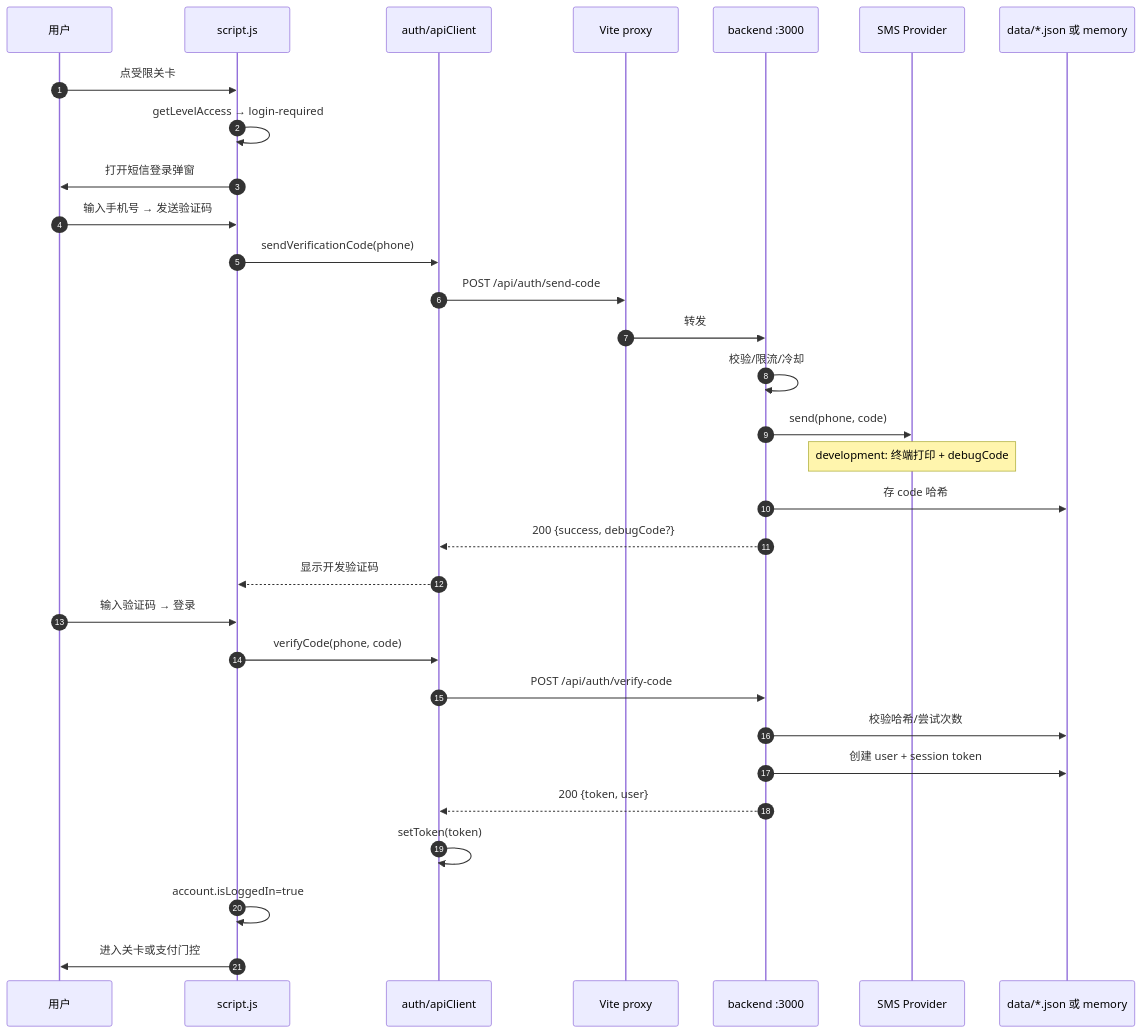
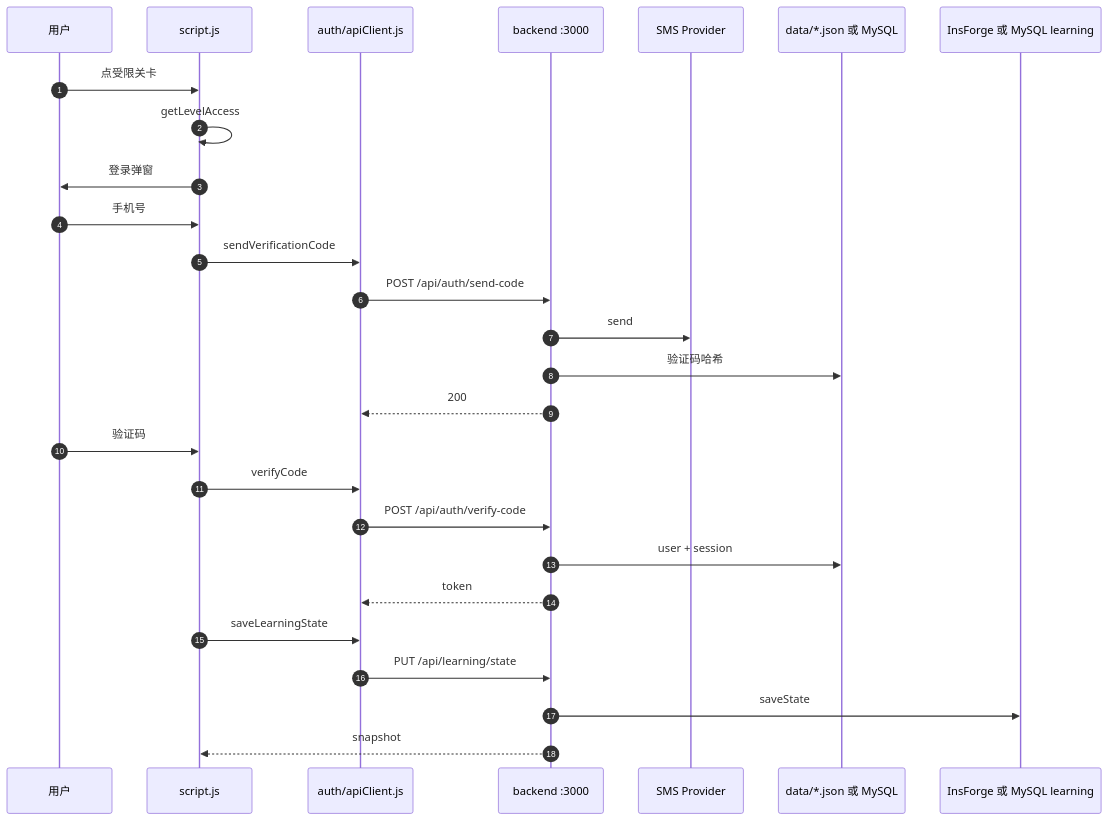
One commit to wangyirui27/baby-chuangguan changed the second of 4 diagrams in docs/codegraphy.md. Above: the diagram before and after it, drawn with Mermaid. The commit also changed other lines of this file and 51 other files, not shown here.

````diff
--- a/docs/codegraphy.md
+++ b/docs/codegraphy.md
@@ -68,34 +192,30 @@
 ```mermaid
 sequenceDiagram
-    autonumber
-    participant U as 用户
-    participant SPA as script.js
-    participant API as auth/apiClient
-    participant V as Vite proxy
-    participant BE as backend :3000
-    participant SMS as SMS Provider
-    participant DB as data/*.json 或 memory
+  autonumber
+  participant U as 用户
+  participant SPA as script.js
+  participant API as auth/apiClient.js
+  participant BE as backend :3000
+  participant SMS as SMS Provider
+  participant AUTHDB as data/*.json 或 MySQL
+  participant LEARN as InsForge 或 MySQL learning
 
-    U->>SPA: 点受限关卡
-    SPA->>SPA: getLevelAccess → login-required
-    SPA->>U: 打开短信登录弹窗
-    U->>SPA: 输入手机号 → 发送验证码
-    SPA->>API: sendVerificationCode(phone)
-    API->>V: POST /api/auth/send-code
-    V->>BE: 转发
-    BE->>BE: 校验/限流/冷却
-    BE->>SMS: send(phone, code)
-    Note over SMS: development: 终端打印 + debugCode
-    BE->>DB: 存 code 哈希
-    BE-->>API: 200 {success, debugCode?}
-    API-->>SPA: 显示开发验证码
-    U->>SPA: 输入验证码 → 登录
-    SPA->>API: verifyCode(phone, code)
-    API->>BE: POST /api/auth/verify-code
-    BE->>DB: 校验哈希/尝试次数
-    BE->>DB: 创建 user + session token
-    BE-->>API: 200 {token, user}
-    API->>API: setToken(token)
-    SPA->>SPA: account.isLoggedIn=true
-    SPA->>U: 进入关卡或支付门控
+  U->>SPA: 点受限关卡
+  SPA->>SPA: getLevelAccess
+  SPA->>U: 登录弹窗
+  U->>SPA: 手机号
+  SPA->>API: sendVerificationCode
+  API->>BE: POST /api/auth/send-code
+  BE->>SMS: send
+  BE->>AUTHDB: 验证码哈希
+  BE-->>API: 200
+  U->>SPA: 验证码
+  SPA->>API: verifyCode
+  API->>BE: POST /api/auth/verify-code
+  BE->>AUTHDB: user + session
+  BE-->>API: token
+  SPA->>API: saveLearningState
+  API->>BE: PUT /api/learning/state
+  BE->>LEARN: saveState
+  BE-->>SPA: snapshot
 ```
````
